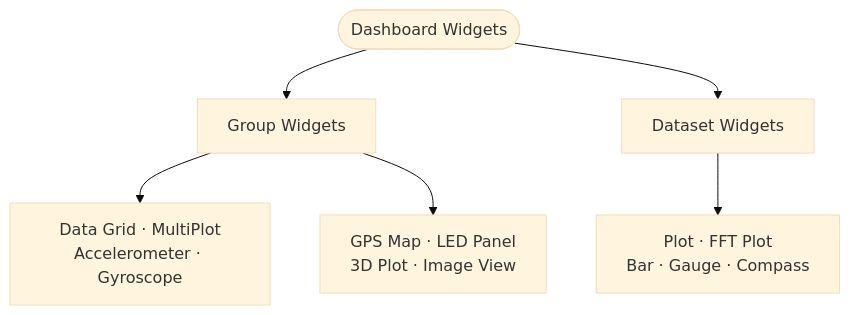
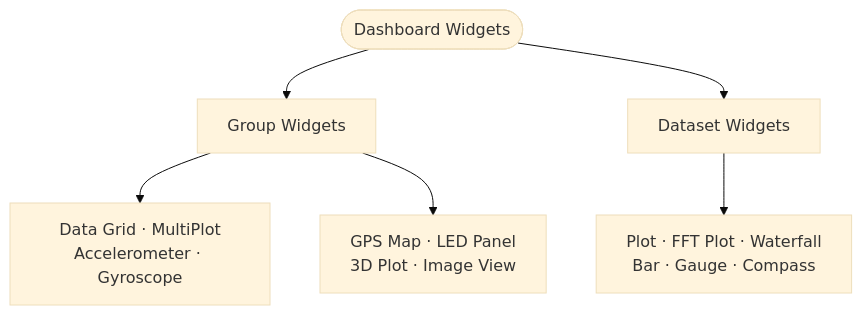
The diagram in doc/help/Widget-Reference.md (Serial-Studio/Serial-Studio), drawn with Mermaid (base theme) before and after one commit. The commit also changed other lines of this file and 264 other files, not shown here.

````diff
--- a/doc/help/Widget-Reference.md
+++ b/doc/help/Widget-Reference.md
@@ -11,11 +11,11 @@
 ```mermaid
 flowchart TD
     Root(["Dashboard Widgets"])
     Root --> Group["Group Widgets"]
     Root --> Dataset["Dataset Widgets"]
 
     Group --> G1["Data Grid · MultiPlot<br/>Accelerometer · Gyroscope"]
     Group --> G2["GPS Map · LED Panel<br/>3D Plot · Image View"]
 
-    Dataset --> D1["Plot · FFT Plot<br/>Bar · Gauge · Compass"]
+    Dataset --> D1["Plot · FFT Plot · Waterfall<br/>Bar · Gauge · Compass"]
 ```
````
